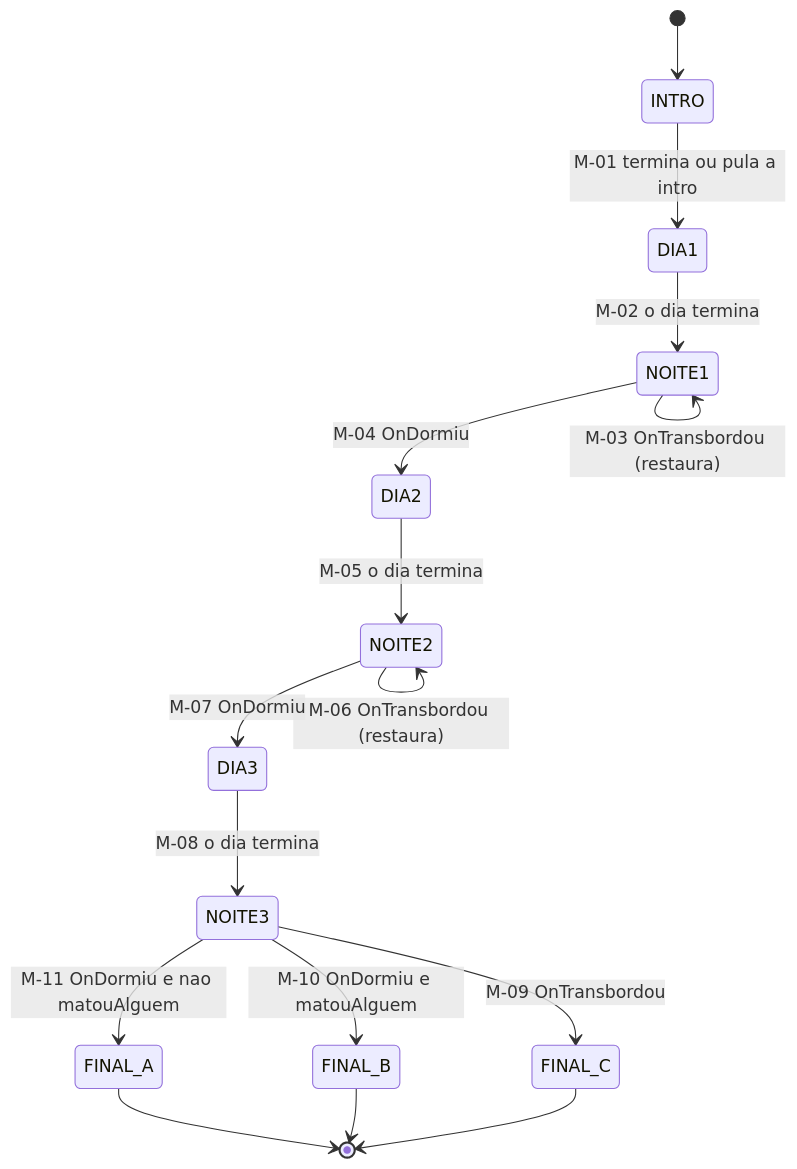
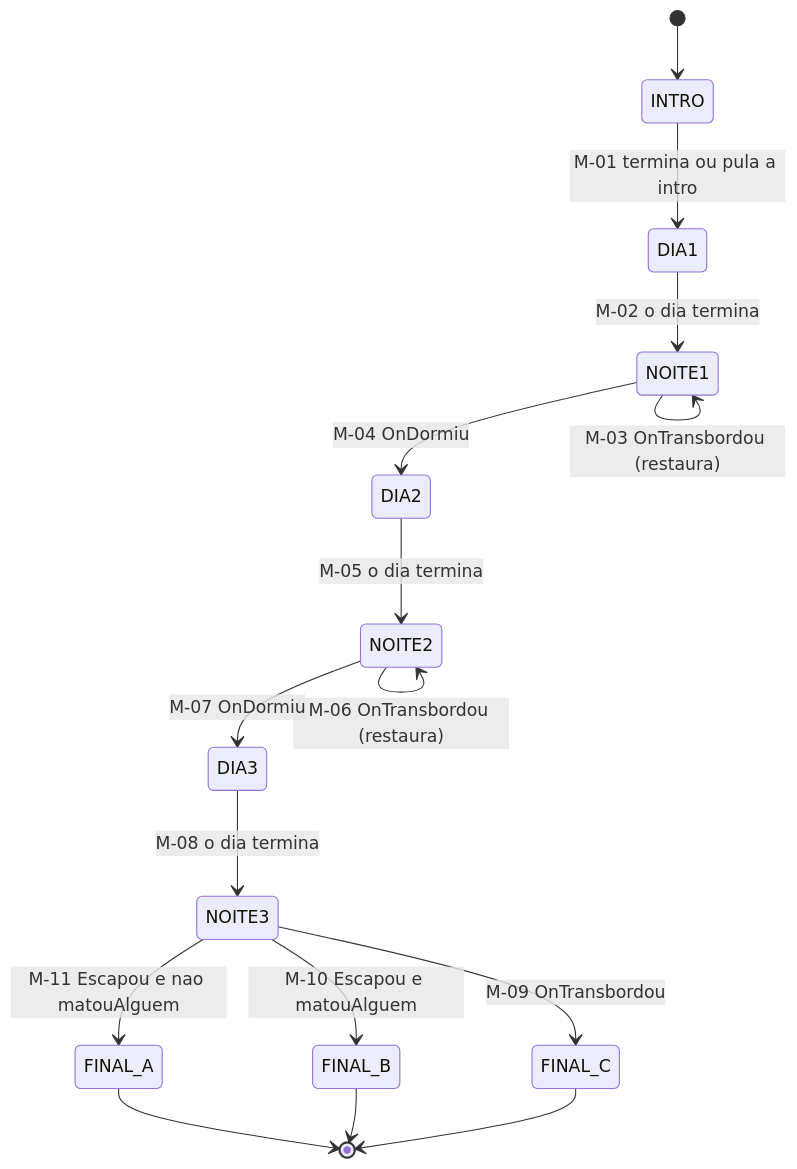
The first of 3 diagrams in docs/gdd/09-maquinas-de-estado.md (ViniciusDib/Vigilia), drawn with Mermaid before and after one commit. The commit also changed other lines of this file and 30 other files, not shown here.

````diff
--- a/docs/gdd/09-maquinas-de-estado.md
+++ b/docs/gdd/09-maquinas-de-estado.md
@@ -9,18 +9,18 @@
 ```mermaid
 stateDiagram-v2
   [*] --> INTRO
   INTRO --> DIA1 : M-01 termina ou pula a intro
   DIA1 --> NOITE1 : M-02 o dia termina
   NOITE1 --> NOITE1 : M-03 OnTransbordou (restaura)
   NOITE1 --> DIA2 : M-04 OnDormiu
   DIA2 --> NOITE2 : M-05 o dia termina
   NOITE2 --> NOITE2 : M-06 OnTransbordou (restaura)
   NOITE2 --> DIA3 : M-07 OnDormiu
   DIA3 --> NOITE3 : M-08 o dia termina
   NOITE3 --> FINAL_C : M-09 OnTransbordou
-  NOITE3 --> FINAL_B : M-10 OnDormiu e matouAlguem
-  NOITE3 --> FINAL_A : M-11 OnDormiu e nao matouAlguem
+  NOITE3 --> FINAL_B : M-10 Escapou e matouAlguem
+  NOITE3 --> FINAL_A : M-11 Escapou e nao matouAlguem
   FINAL_A --> [*]
   FINAL_B --> [*]
   FINAL_C --> [*]
 ```
````
